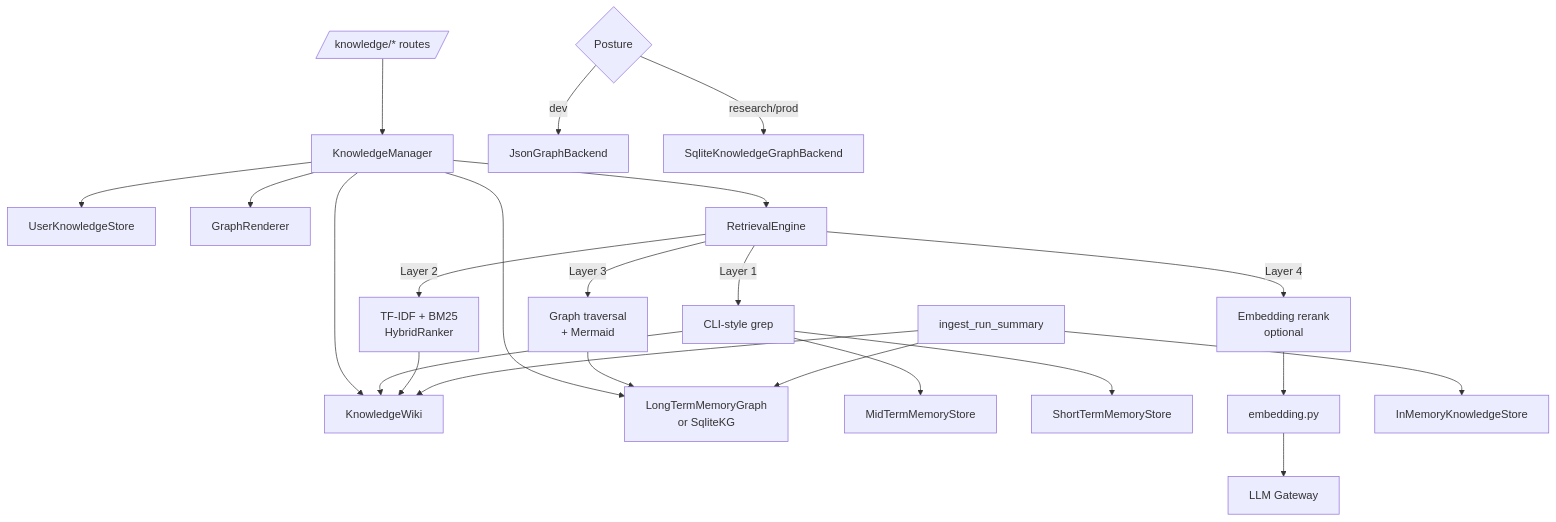
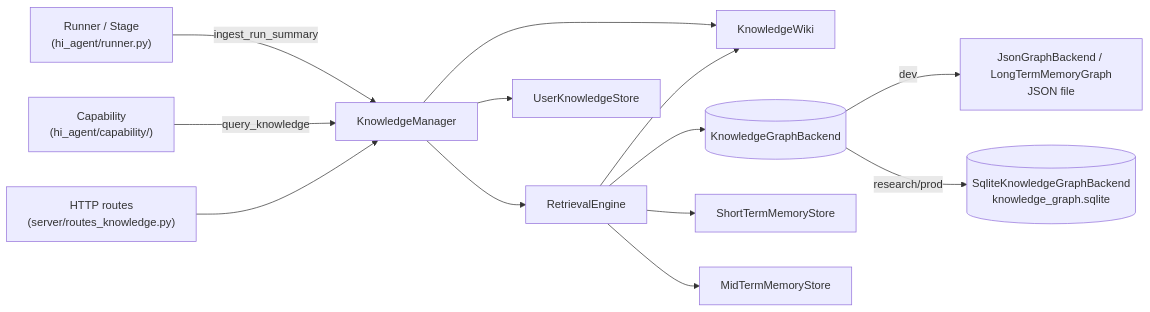
The first of 3 diagrams in hi_agent/knowledge/ARCHITECTURE.md (chaosxingxc-orion/hi-agent), drawn with Mermaid before and after one commit. The commit also changed other lines of this file and 25 other files, not shown here.

First line of the commit message:
[W35-corrective] Refresh ARCHITECTURE.md hierarchy + add missing READMEs

````diff
--- a/hi_agent/knowledge/ARCHITECTURE.md
+++ b/hi_agent/knowledge/ARCHITECTURE.md
@@ -64,30 +31,15 @@
 ```mermaid
-graph TD
-    Routes[/knowledge/* routes/] --> KM[KnowledgeManager]
-    KM --> Wiki[KnowledgeWiki]
-    KM --> User[UserKnowledgeStore]
-    KM --> Graph[LongTermMemoryGraph<br/>or SqliteKG]
-    KM --> Renderer[GraphRenderer]
-
+flowchart LR
+    R["Runner / Stage<br/>(hi_agent/runner.py)"] -->|ingest_run_summary| KM[KnowledgeManager]
+    C["Capability<br/>(hi_agent/capability/)"] -->|query_knowledge| KM
+    HR["HTTP routes<br/>(server/routes_knowledge.py)"] --> KM
     KM --> RE[RetrievalEngine]
-
-    RE -->|Layer 1| Grep[CLI-style grep]
-    RE -->|Layer 2| TFIDF[TF-IDF + BM25<br/>HybridRanker]
-    RE -->|Layer 3| GraphT[Graph traversal<br/>+ Mermaid]
-    RE -->|Layer 4| Emb[Embedding rerank<br/>optional]
-
-    Grep --> Wiki
-    Grep --> Mid[MidTermMemoryStore]
-    Grep --> Short[ShortTermMemoryStore]
-    TFIDF --> Wiki
-    GraphT --> Graph
-    Emb --> EmbedFn[embedding.py]
-    EmbedFn --> LLM[LLM Gateway]
-
-    Posture{Posture} -->|dev| JsonGB[JsonGraphBackend]
-    Posture -->|research/prod| SqliteGB[SqliteKnowledgeGraphBackend]
-
-    Ingest[ingest_run_summary] --> Store[InMemoryKnowledgeStore]
-    Ingest --> Wiki
-    Ingest --> Graph
+    KM --> WK[KnowledgeWiki]
+    KM --> US[UserKnowledgeStore]
+    RE --> KG[(KnowledgeGraphBackend)]
+    KG -->|dev| JSON[JsonGraphBackend / LongTermMemoryGraph<br/>JSON file]
+    KG -->|research/prod| SQ[(SqliteKnowledgeGraphBackend<br/>knowledge_graph.sqlite)]
+    RE --> WK
+    RE --> ST[ShortTermMemoryStore]
+    RE --> MT[MidTermMemoryStore]
 ```
````
